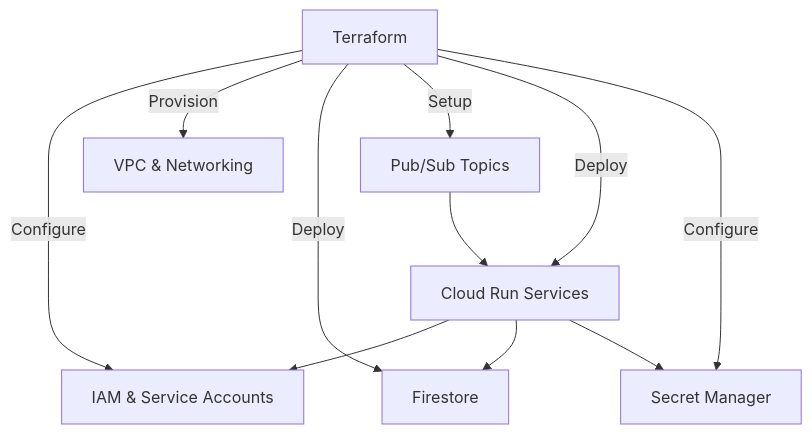
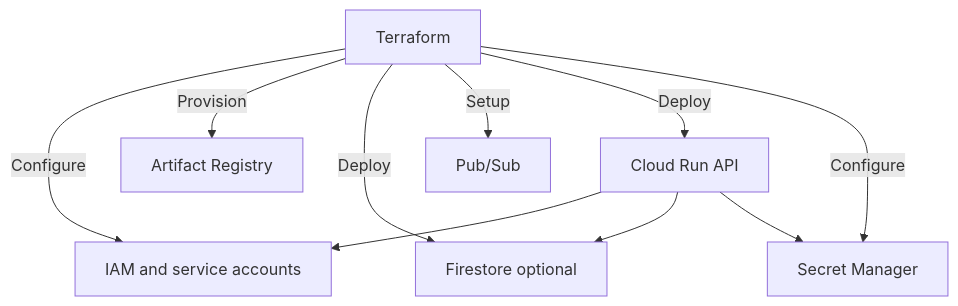
The diagram in docs/diagrams/14-terraform-gcp.md (umangvijay/AgenticOS-Google-DEVPOST-), drawn with Mermaid before and after one commit. The commit also changed other lines of this file and 39 other files, not shown here.

First line of the commit message:
Ship chat MCP routing, live E2E, and Cloud Run secret docs.

````diff
--- a/docs/diagrams/14-terraform-gcp.md
+++ b/docs/diagrams/14-terraform-gcp.md
@@ -3,14 +7,13 @@
 ```mermaid
 graph TD
     TF[Terraform]
-    TF -->|Configure| IAM[IAM & Service Accounts]
-    TF -->|Provision| Network[VPC & Networking]
-    TF -->|Deploy| DB[Firestore]
-    TF -->|Setup| PubSub[Pub/Sub Topics]
-    TF -->|Deploy| CR[Cloud Run Services]
+    TF -->|Configure| IAM[IAM and service accounts]
+    TF -->|Provision| AR[Artifact Registry]
+    TF -->|Deploy| DB[Firestore optional]
+    TF -->|Setup| PubSub[Pub/Sub]
+    TF -->|Deploy| CR[Cloud Run API]
     TF -->|Configure| Secrets[Secret Manager]
     CR --> IAM
     CR --> DB
     CR --> Secrets
-    PubSub --> CR
 ```
````
